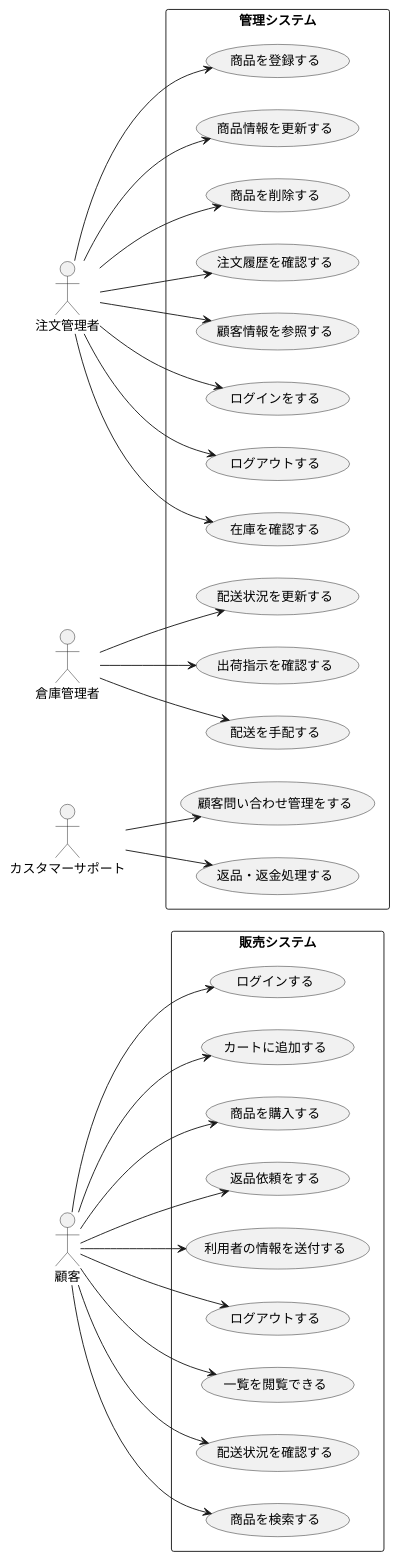
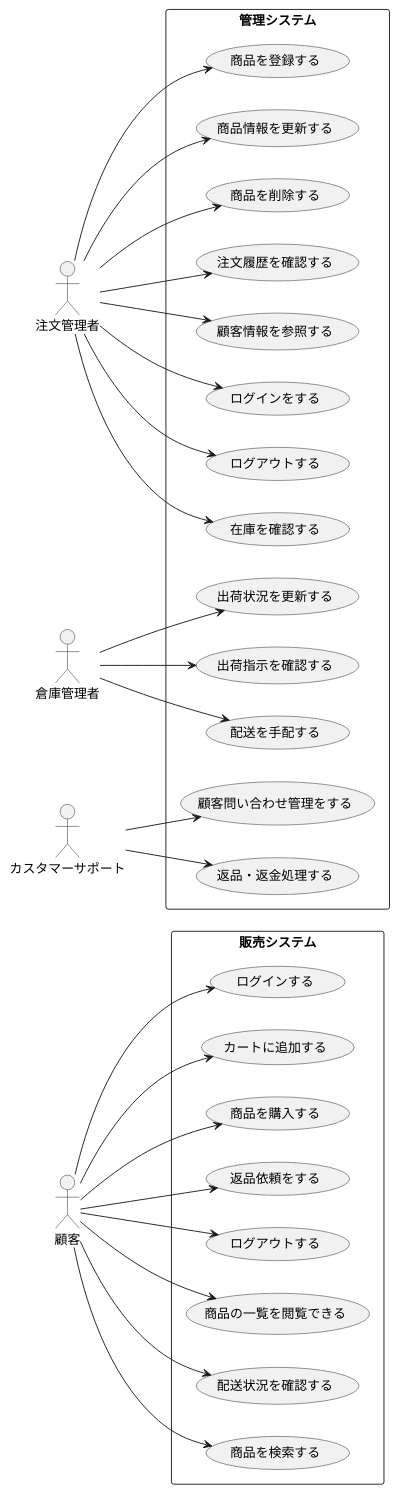
One commit to YoshinagaSho/ohara_uml changed the diagram in group/mail order/usecase.pu. Above: the diagram before and after it, drawn with PlantUML. The commit also changed 13 other files, not shown here.

```diff
--- a/group/mail order/usecase.pu
+++ b/group/mail order/usecase.pu
@@ -1,67 +1,65 @@
 @startuml BBショップユースケース図 
 left to right direction 
 actor 顧客 as U 
 actor 注文管理者 as M 
 actor 倉庫管理者 as D
 actor カスタマーサポート as C
 
 
 rectangle 販売システム {  
   usecase "ログインする" as UC1   
   usecase "カートに追加する" as UC2   
   usecase "商品を購入する" as UC3   
-  usecase "返品依頼をする" as UC4   
-  usecase "利用者の情報を送付する" as UC5   
+  usecase "返品依頼をする" as UC4     
   usecase "ログアウトする" as UC6
-  usecase "一覧を閲覧できる" as UC13
+  usecase "商品の一覧を閲覧できる" as UC13
   usecase "配送状況を確認する" as UC15
   usecase "商品を検索する" as UC25
 
 }  
 
 rectangle  管理システム{ 
   usecase "ログインをする" as UC7
   usecase "ログアウトする" as UC11
   usecase "在庫を確認する" as UC20
   usecase "返品・返金処理する" as UC21
   usecase "顧客問い合わせ管理をする" as UC16
   usecase "商品を登録する" as UC22
   usecase "商品情報を更新する" as UC23
   usecase "商品を削除する" as UC24
   usecase "注文履歴を確認する" as UC17
   usecase "顧客情報を参照する" as UC18
   usecase "出荷指示を確認する" as UC19
   usecase "配送を手配する" as UC26
-  usecase "配送状況を更新する" as UC27
+  usecase "出荷状況を更新する" as UC27
 
 }  
 
 
 U --> UC1 
 U --> UC2 
 U --> UC3 
 U --> UC4 
-U --> UC5 
 U --> UC6 
 U --> UC13
 U --> UC15
 U --> UC25
 
 M --> UC7 
 M --> UC11
 M --> UC17
 M --> UC18
 M --> UC20
 M --> UC22
 M --> UC23
 M --> UC24
 
 D --> UC19
 D --> UC26
 D --> UC27
 
 C --> UC16
 C --> UC21
 
 
 @enduml
```
